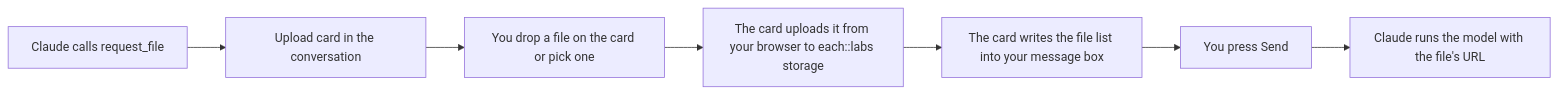
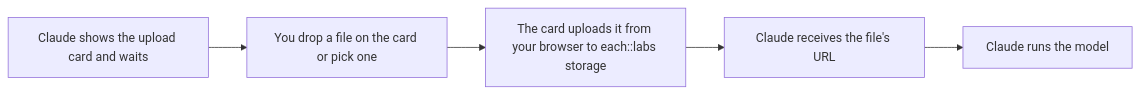
Before and after one commit to eachlabs/mintlify-docs: the second of 2 diagrams in mcp/claude-chat.mdx, drawn with Mermaid. The commit also changed other lines of this file and 2 other files, not shown here.

Commit message:
[ENG-5922] docs: Claude waits for the upload card and shows results in a card

````diff
--- a/mcp/claude-chat.mdx
+++ b/mcp/claude-chat.mdx
@@ -146,9 +146,7 @@
 ```mermaid
 flowchart LR
-  C["Claude calls request_file"] --> K["Upload card in the conversation"]
-  K --> P["You drop a file on the card or pick one"]
+  C["Claude shows the upload card and waits"] --> P["You drop a file on the card or pick one"]
   P --> U["The card uploads it from your browser to each::labs storage"]
-  U --> D["The card writes the file list into your message box"]
-  D --> S["You press Send"]
-  S --> R["Claude runs the model with the file's URL"]
+  U --> W["Claude receives the file's URL"]
+  W --> R["Claude runs the model"]
 ```
````
